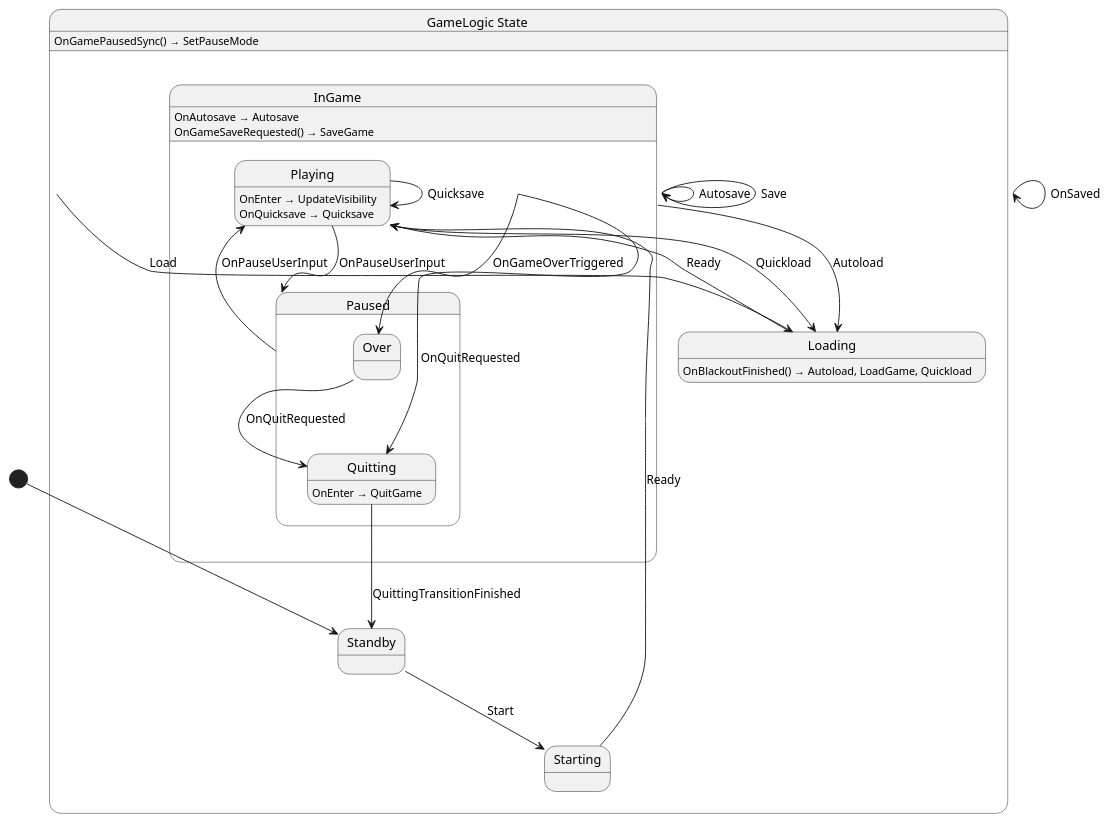
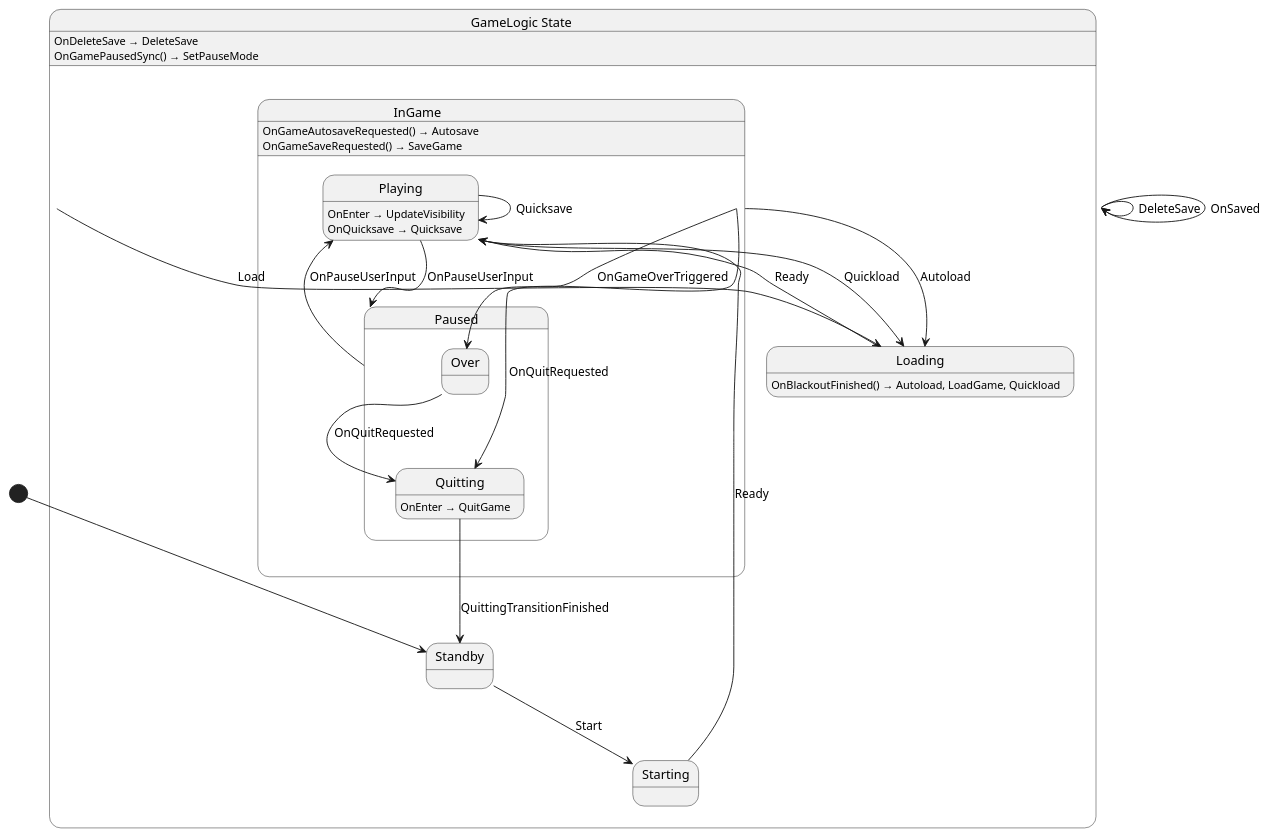
One commit to nilsiker/yolk changed the diagram in Yolk.Logic/Game/GameLogic.g.puml. Above: the diagram before and after it, drawn with PlantUML. The commit also changed 26 other files, not shown here.

```diff
--- a/Yolk.Logic/Game/GameLogic.g.puml
+++ b/Yolk.Logic/Game/GameLogic.g.puml
@@ -1,41 +1,41 @@
 @startuml GameLogic
 state "GameLogic State" as Yolk_Game_GameLogic_State {
   state "InGame" as Yolk_Game_GameLogic_State_InGame {
     state "Paused" as Yolk_Game_GameLogic_State_InGame_Paused {
+      state "Quitting" as Yolk_Game_GameLogic_State_InGame_Paused_Quitting
       state "Over" as Yolk_Game_GameLogic_State_InGame_Paused_Over
-      state "Quitting" as Yolk_Game_GameLogic_State_InGame_Paused_Quitting
     }
     state "Playing" as Yolk_Game_GameLogic_State_InGame_Playing
   }
   state "Loading" as Yolk_Game_GameLogic_State_Loading
   state "Standby" as Yolk_Game_GameLogic_State_Standby
   state "Starting" as Yolk_Game_GameLogic_State_Starting
 }
 
+Yolk_Game_GameLogic_State --> Yolk_Game_GameLogic_State : DeleteSave
 Yolk_Game_GameLogic_State --> Yolk_Game_GameLogic_State : OnSaved
 Yolk_Game_GameLogic_State --> Yolk_Game_GameLogic_State_Loading : Load
-Yolk_Game_GameLogic_State_InGame --> Yolk_Game_GameLogic_State_InGame : Autosave
-Yolk_Game_GameLogic_State_InGame --> Yolk_Game_GameLogic_State_InGame : Save
 Yolk_Game_GameLogic_State_InGame --> Yolk_Game_GameLogic_State_InGame_Paused_Over : OnGameOverTriggered
 Yolk_Game_GameLogic_State_InGame --> Yolk_Game_GameLogic_State_InGame_Paused_Quitting : OnQuitRequested
 Yolk_Game_GameLogic_State_InGame --> Yolk_Game_GameLogic_State_Loading : Autoload
 Yolk_Game_GameLogic_State_InGame_Paused --> Yolk_Game_GameLogic_State_InGame_Playing : OnPauseUserInput
 Yolk_Game_GameLogic_State_InGame_Paused_Over --> Yolk_Game_GameLogic_State_InGame_Paused_Quitting : OnQuitRequested
 Yolk_Game_GameLogic_State_InGame_Paused_Quitting --> Yolk_Game_GameLogic_State_Standby : QuittingTransitionFinished
 Yolk_Game_GameLogic_State_InGame_Playing --> Yolk_Game_GameLogic_State_InGame_Paused : OnPauseUserInput
 Yolk_Game_GameLogic_State_InGame_Playing --> Yolk_Game_GameLogic_State_InGame_Playing : Quicksave
 Yolk_Game_GameLogic_State_InGame_Playing --> Yolk_Game_GameLogic_State_Loading : Quickload
 Yolk_Game_GameLogic_State_Loading --> Yolk_Game_GameLogic_State_InGame_Playing : Ready
 Yolk_Game_GameLogic_State_Standby --> Yolk_Game_GameLogic_State_Starting : Start
 Yolk_Game_GameLogic_State_Starting --> Yolk_Game_GameLogic_State_InGame_Playing : Ready
 
+Yolk_Game_GameLogic_State : OnDeleteSave → DeleteSave
 Yolk_Game_GameLogic_State : OnGamePausedSync() → SetPauseMode
-Yolk_Game_GameLogic_State_InGame : OnAutosave → Autosave
+Yolk_Game_GameLogic_State_InGame : OnGameAutosaveRequested() → Autosave
 Yolk_Game_GameLogic_State_InGame : OnGameSaveRequested() → SaveGame
 Yolk_Game_GameLogic_State_InGame_Paused_Quitting : OnEnter → QuitGame
 Yolk_Game_GameLogic_State_InGame_Playing : OnEnter → UpdateVisibility
 Yolk_Game_GameLogic_State_InGame_Playing : OnQuicksave → Quicksave
 Yolk_Game_GameLogic_State_Loading : OnBlackoutFinished() → Autoload, LoadGame, Quickload
 
 [*] --> Yolk_Game_GameLogic_State_Standby
 @enduml
```
